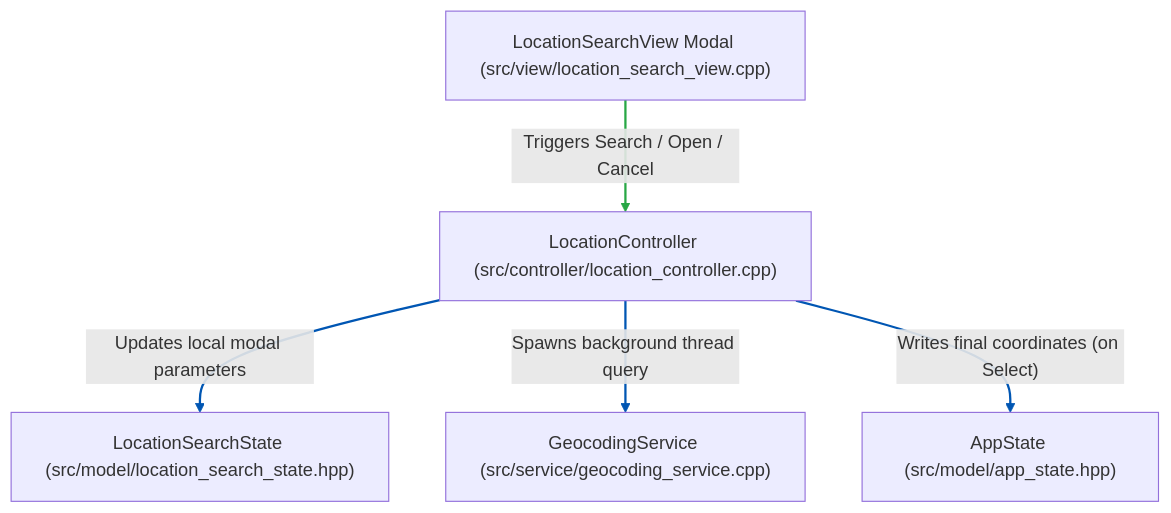
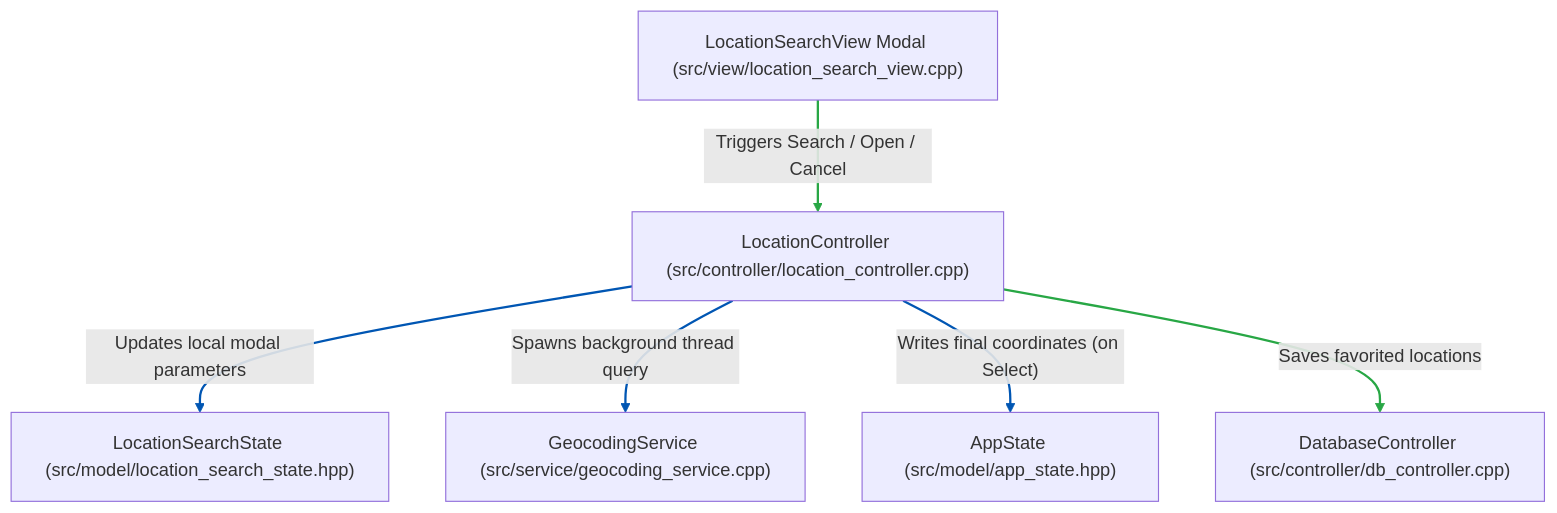
One commit to MallocNexus/weather_cli changed the second of 3 diagrams in docs/separation-of-concerns.md. Above: the diagram before and after it, drawn with Mermaid. The commit also changed other lines of this file and 22 other files, not shown here.

````diff
--- a/docs/separation-of-concerns.md
+++ b/docs/separation-of-concerns.md
@@ -114,19 +129,21 @@
 ```mermaid
 graph TD
     LocView["LocationSearchView Modal (src/view/location_search_view.cpp)"]
     LocCtrl["LocationController (src/controller/location_controller.cpp)"]
     SearchState["LocationSearchState (src/model/location_search_state.hpp)"]
     AppState["AppState (src/model/app_state.hpp)"]
     Geocoding["GeocodingService (src/service/geocoding_service.cpp)"]
+    DbCtrl["DatabaseController (src/controller/db_controller.cpp)"]
 
     LocView -->|"Triggers Search / Open / Cancel"| LocCtrl
     LocCtrl -->|"Updates local modal parameters"| SearchState
     LocCtrl -->|"Spawns background thread query"| Geocoding
     LocCtrl -->|"Writes final coordinates (on Select)"| AppState
+    LocCtrl -->|"Saves favorited locations"| DbCtrl
 
     %% Style Event Green
-    linkStyle 0 stroke:#28a745,stroke-width:2px;
+    linkStyle 0,4 stroke:#28a745,stroke-width:2px;
 
     %% Style Other Flow Lines Darker Blue
     linkStyle 1,2,3 stroke:#0056b3,stroke-width:2px;
 ```
````
